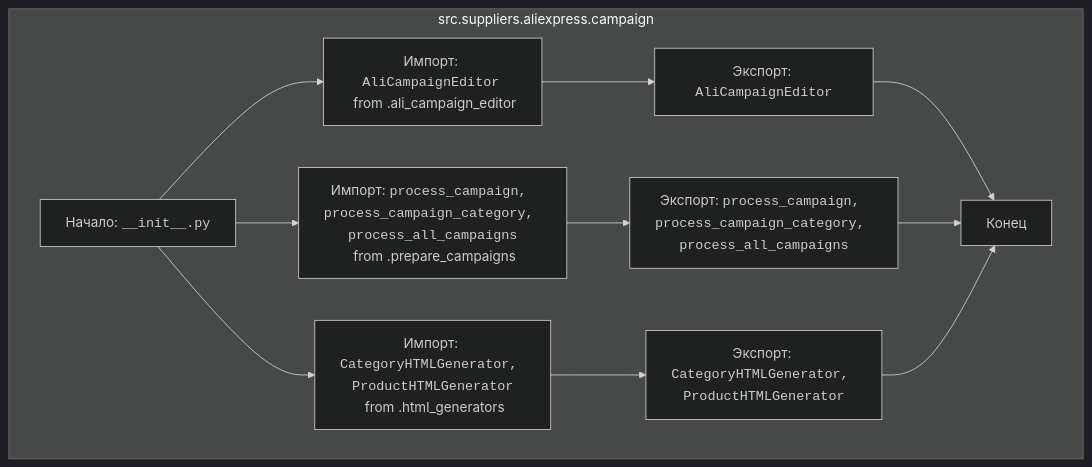
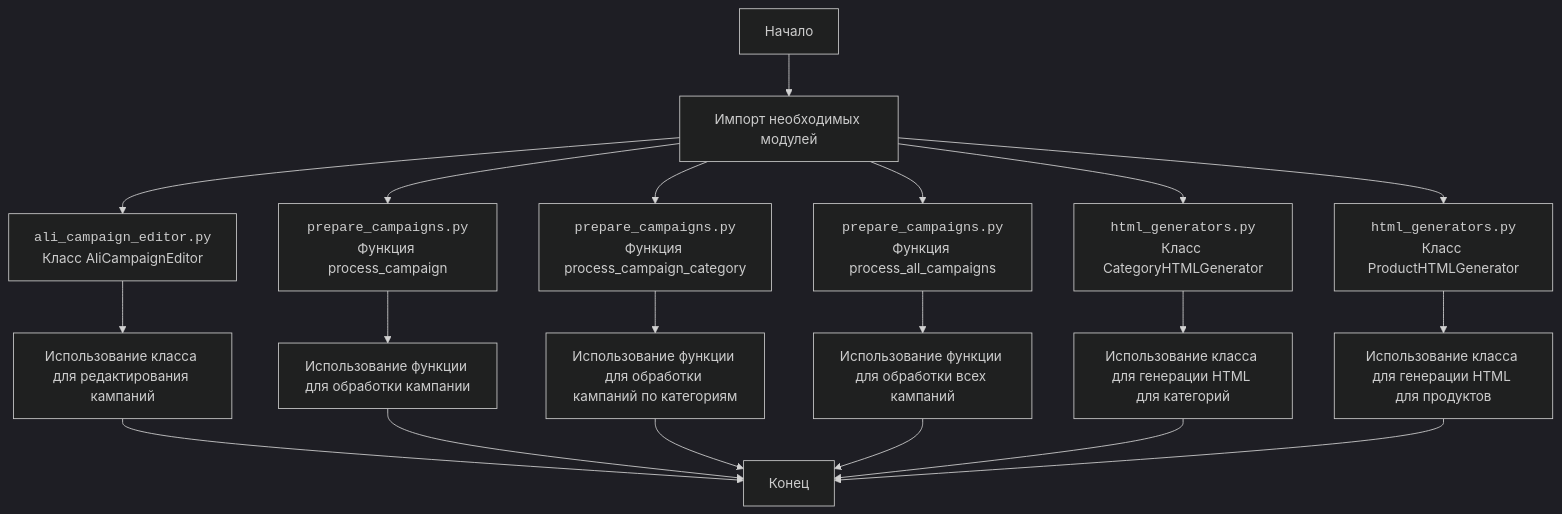
The diagram in docs/gemini/ru/explainer/src/suppliers/aliexpress/campaign/__init__.py.md (hypo69/hypo), drawn with Mermaid (dark theme) before and after one commit. The commit also changed other lines of this file and 1505 other files, not shown here.

````diff
--- a/docs/gemini/ru/explainer/src/suppliers/aliexpress/campaign/__init__.py.md
+++ b/docs/gemini/ru/explainer/src/suppliers/aliexpress/campaign/__init__.py.md
@@ -19,19 +22,25 @@
 ```mermaid
 flowchart TD
-    subgraph src.suppliers.aliexpress.campaign
-    Start[Начало: <code>__init__.py</code>]
+    Start[Начало] --> ImportModules[Импорт необходимых модулей]
+    ImportModules --> AliCampaignEditorClass[<code>ali_campaign_editor.py</code><br>Класс AliCampaignEditor]
+    ImportModules --> ProcessCampaignFunction[<code>prepare_campaigns.py</code><br>Функция process_campaign]
+    ImportModules --> ProcessCampaignCategoryFunction[<code>prepare_campaigns.py</code><br>Функция process_campaign_category]
+    ImportModules --> ProcessAllCampaignsFunction[<code>prepare_campaigns.py</code><br>Функция process_all_campaigns]
+    ImportModules --> CategoryHTMLGeneratorClass[<code>html_generators.py</code><br>Класс CategoryHTMLGenerator]
+    ImportModules --> ProductHTMLGeneratorClass[<code>html_generators.py</code><br>Класс ProductHTMLGenerator]
     
-    Start --> Import_AliCampaignEditor[Импорт: <code>AliCampaignEditor</code> <br> from .ali_campaign_editor]
-    Start --> Import_PrepareCampaigns[Импорт: <code>process_campaign, process_campaign_category, process_all_campaigns</code><br> from .prepare_campaigns]
-    Start --> Import_HTMLGenerators[Импорт: <code>CategoryHTMLGenerator, ProductHTMLGenerator</code><br> from .html_generators]
+    AliCampaignEditorClass --> UseCampaignEditor[Использование класса для редактирования кампаний]
+    ProcessCampaignFunction --> UseProcessCampaign[Использование функции для обработки кампании]
+    ProcessCampaignCategoryFunction --> UseProcessCampaignCategory[Использование функции для обработки кампаний по категориям]
+    ProcessAllCampaignsFunction --> UseProcessAllCampaigns[Использование функции для обработки всех кампаний]
+    CategoryHTMLGeneratorClass --> UseCategoryHTMLGenerator[Использование класса для генерации HTML для категорий]
+    ProductHTMLGeneratorClass --> UseProductHTMLGenerator[Использование класса для генерации HTML для продуктов]
     
-    Import_AliCampaignEditor --> Export_AliCampaignEditor[Экспорт: <code>AliCampaignEditor</code>]
-    Import_PrepareCampaigns --> Export_PrepareCampaigns[Экспорт: <code>process_campaign, process_campaign_category, process_all_campaigns</code>]
-    Import_HTMLGenerators --> Export_HTMLGenerators[Экспорт: <code>CategoryHTMLGenerator, ProductHTMLGenerator</code>]
+    UseCampaignEditor --> End[Конец]
+    UseProcessCampaign --> End
+    UseProcessCampaignCategory --> End
+    UseProcessAllCampaigns --> End
+    UseCategoryHTMLGenerator --> End
+    UseProductHTMLGenerator --> End
     
-    Export_AliCampaignEditor --> End[Конец]
-    Export_PrepareCampaigns --> End
-    Export_HTMLGenerators --> End
-    
-     end
 ```
````
